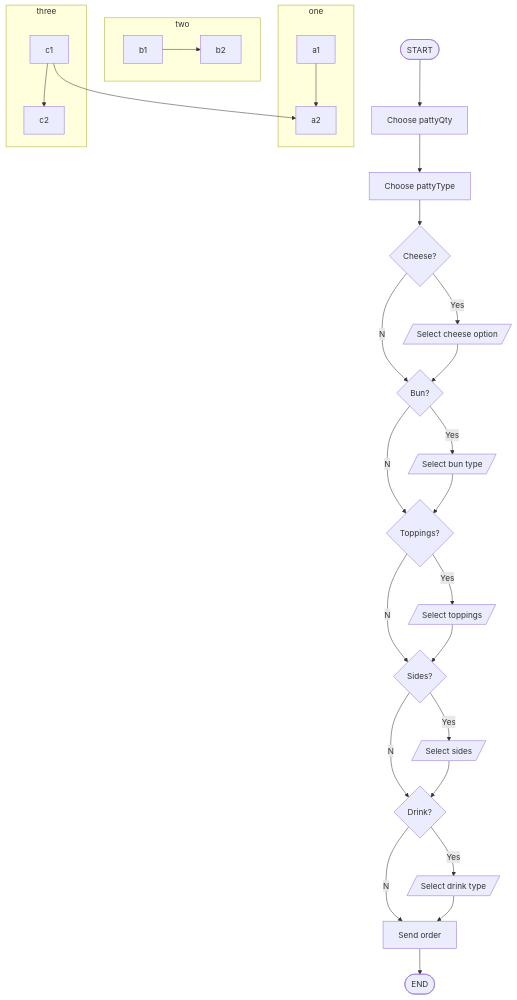
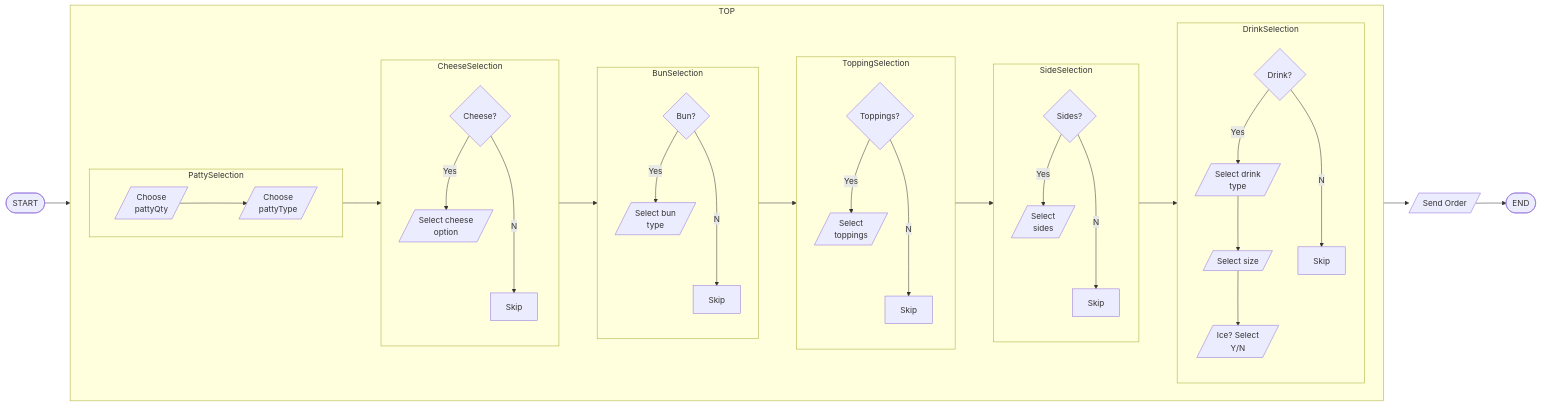
The diagram in student-work/2023/Melissa-Ligertwood/api-final-project/readme.md (yusale9/student-showcase), drawn with Mermaid before and after one commit.

Commit message:
Create API input flow

````diff
--- a/student-work/2023/Melissa-Ligertwood/api-final-project/readme.md
+++ b/student-work/2023/Melissa-Ligertwood/api-final-project/readme.md
@@ -3,34 +3,46 @@
 ```mermaid
-flowchart TD
+flowchart LR
+  subgraph TOP
+    direction LR
+    subgraph PattySelection
+        direction LR
+        C[/Choose <br> pattyQty/] -->D[/Choose <br> pattyType/]
+    end
+    subgraph CheeseSelection
+        direction TB
+        E{Cheese?} --Yes-->F[/Select cheese <br> option/]
+        E{Cheese?} --No-->W[Skip]
 
-    c1-->a2
-    subgraph one
-    a1-->a2
     end
-    subgraph two
-    b1-->b2
+    subgraph BunSelection
+        direction TB
+        G{Bun?} --Yes-->H[/Select bun <br> type/]
+        G{Bun?} --No-->X[Skip]
     end
-    subgraph three
-    c1-->c2
+subgraph ToppingSelection
+        direction TB
+        I{Toppings?} --Yes-->J[/Select <br> toppings/]
+        I{Toppings?} --No-->Y[Skip]
     end
+subgraph SideSelection
+        direction TB
+        K{Sides?} --Yes-->L[/Select <br> sides/]
+        K{Sides?} --No-->Z[Skip]
+    end
+subgraph DrinkSelection
+        direction TB
+        M{Drink?} --Yes-->N[/Select drink <br> type/] -->O[/Select size/] -->P[/Ice? Select <br> Y/N/]
+        M{Drink?} --No-->ZZ[Skip]
+        
+    end 
+  end
+  A([START]) -->TOP
+  PattySelection --> CheeseSelection
+  CheeseSelection -->BunSelection
+  BunSelection -->ToppingSelection
+  ToppingSelection -->SideSelection
+  SideSelection -->DrinkSelection
+TOP -->Q[/Send Order/] -->B([END])
 
-A([START]) -->B[Choose pattyQty] -->C[Choose pattyType] -->D{Cheese?}
-D --No-->E{Bun?}
-E --No-->F{Toppings?}
-F --No-->G{Sides?}
-G --No-->H{Drink?}
-H --No-->I([Send order])
-
-D --Yes-->J[/Select cheese option/] 
-J -->E
-E --Yes-->K[/Select bun type/]
-K -->F
-F --Yes-->L[/Select toppings/]
-L -->G
-G --Yes-->M[/Select sides/]
-M -->H
-H --Yes-->N[/Select drink type/]
-N -->I[Send order]
-
-I -->Z([END])
+  
 ```
````
